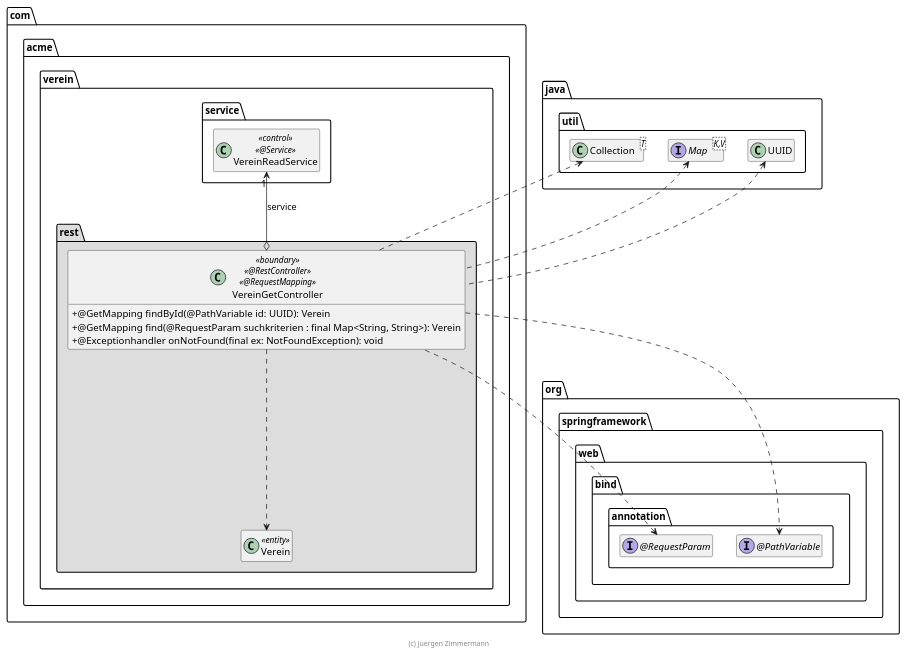
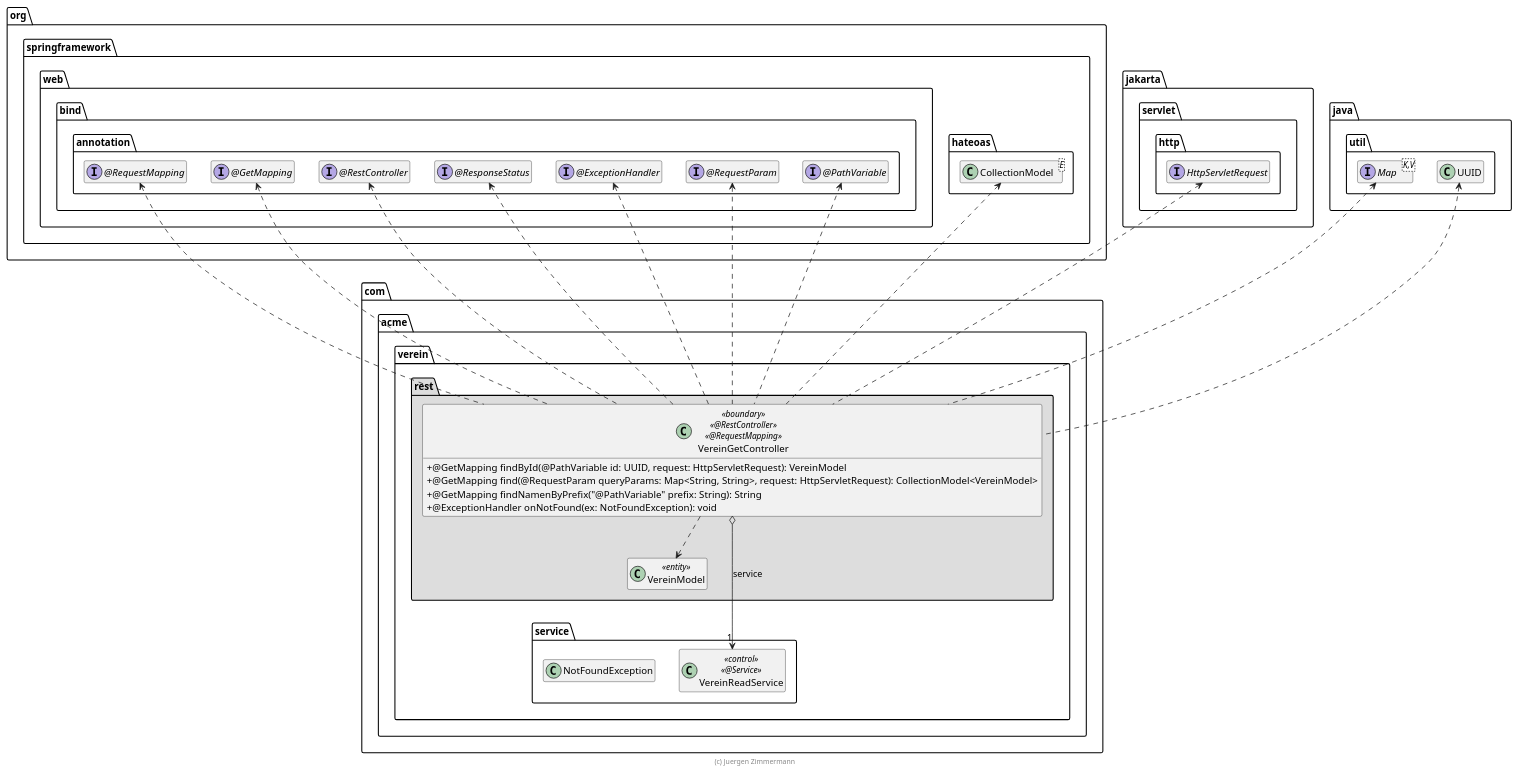
One commit to vinpuch/verein-v2 changed the diagram in extras/doc/VereinGetController.plantuml. Above: the diagram before and after it, drawn with PlantUML. The commit also changed 12 other files, not shown here.

```diff
--- a/extras/doc/VereinGetController.plantuml
+++ b/extras/doc/VereinGetController.plantuml
@@ -15,50 +15,77 @@
 @startuml VereinGetController
 
 skinparam classAttributeIconSize 0
 
 package org.springframework {
     package web.bind.annotation {
         interface "@PathVariable" as PathVariable
+        interface "@RequestParam" as RequestParam
+        interface "@ExceptionHandler" as ExceptionHandler
+        interface "@ResponseStatus" as ResponseStatus
+        interface "@RequestMapping" as RequestMapping
+        interface "@GetMapping" as GetMapping
+        interface "@RestController" as RestController
 
-        interface "@RequestParam" as RequestParam
     }
+
+
+    package hateoas {
+        class CollectionModel<E>
+    }
+}
+
+package jakarta.servlet.http {
+    interface HttpServletRequest
 }
 
 package java.util {
     interface Map<K,V>
     class UUID
-    class Collection<T>
 }
 
 package com.acme.verein {
     package service {
         class VereinReadService << control >> << @Service >>
+        class NotFoundException
     }
 
     package rest #DDDDDD {
-      class Verein <<entity>>
+        class VereinModel <<entity>>
 
         class VereinGetController << boundary >> << @RestController >> << @RequestMapping >> {
-            + @GetMapping findById(@PathVariable id: UUID): Verein
-            + @GetMapping find(@RequestParam suchkriterien : final Map<String, String>): Verein
-            + @Exceptionhandler onNotFound(final ex: NotFoundException): void
+            + @GetMapping findById(@PathVariable id: UUID, request: HttpServletRequest): VereinModel
+            + @GetMapping find(@RequestParam queryParams: Map<String, String>, request: HttpServletRequest): CollectionModel<VereinModel>
+            + @GetMapping findNamenByPrefix("@PathVariable" prefix: String): String
+            + @ExceptionHandler onNotFound(ex: NotFoundException): void
         }
 
-        VereinGetController o-up-> "1" VereinReadService : service
-        VereinGetController ..> Verein
-        VereinGetController .down.> PathVariable
+
+
+        VereinGetController o--> "1" VereinReadService : service
+        VereinGetController ..> VereinModel
+
+        VereinGetController .up.> CollectionModel
+        VereinGetController .up.> HttpServletRequest
+        VereinGetController .up.> PathVariable
         VereinGetController .up.> RequestParam
+        VereinGetController .up.> ExceptionHandler
+        VereinGetController .up.> ResponseStatus
+        VereinGetController .up.> RestController
+        VereinGetController .up.> GetMapping
+                VereinGetController .up.> RequestMapping
+
+
+
 
         VereinGetController .up.> UUID
         VereinGetController .up.> Map
-        VereinGetController .up.> Collection
 
-
+        VereinModel .[hidden].> VereinReadService
     }
 }
 
 hide empty members
 
 footer (c) Juergen Zimmermann
 
 @enduml
```
